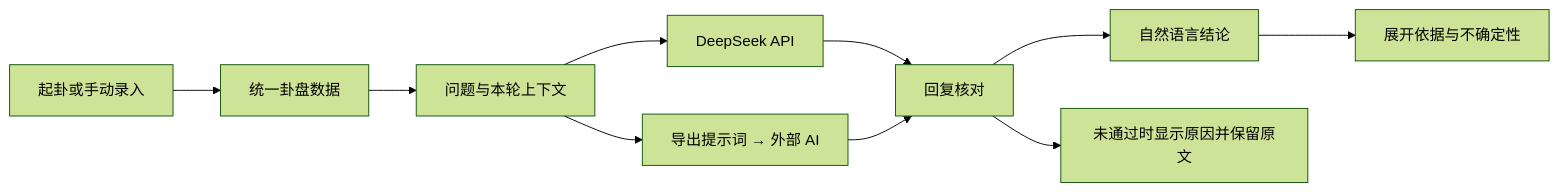
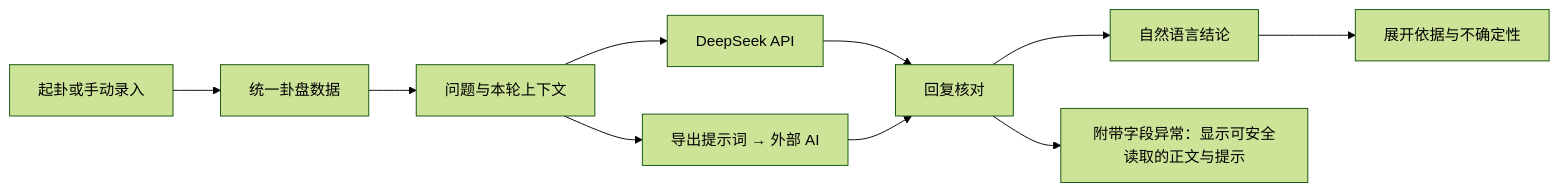
The first of 2 diagrams in README.md (1eakkkk/liuyao-tool), drawn with Mermaid (forest theme) before and after one commit. The commit also changed other lines of this file and 16 other files, not shown here.

````diff
--- a/README.md
+++ b/README.md
@@ -140,12 +140,12 @@
 ```mermaid
 flowchart LR
     A[起卦或手动录入] --> B[统一卦盘数据]
     B --> C[问题与本轮上下文]
     C --> D[DeepSeek API]
     C --> E[导出提示词 → 外部 AI]
     D --> F[回复核对]
     E --> F
     F --> G[自然语言结论]
     G --> H[展开依据与不确定性]
-    F --> I[未通过时显示原因并保留原文]
+    F --> I[附带字段异常：显示可安全读取的正文与提示]
 ```
````
